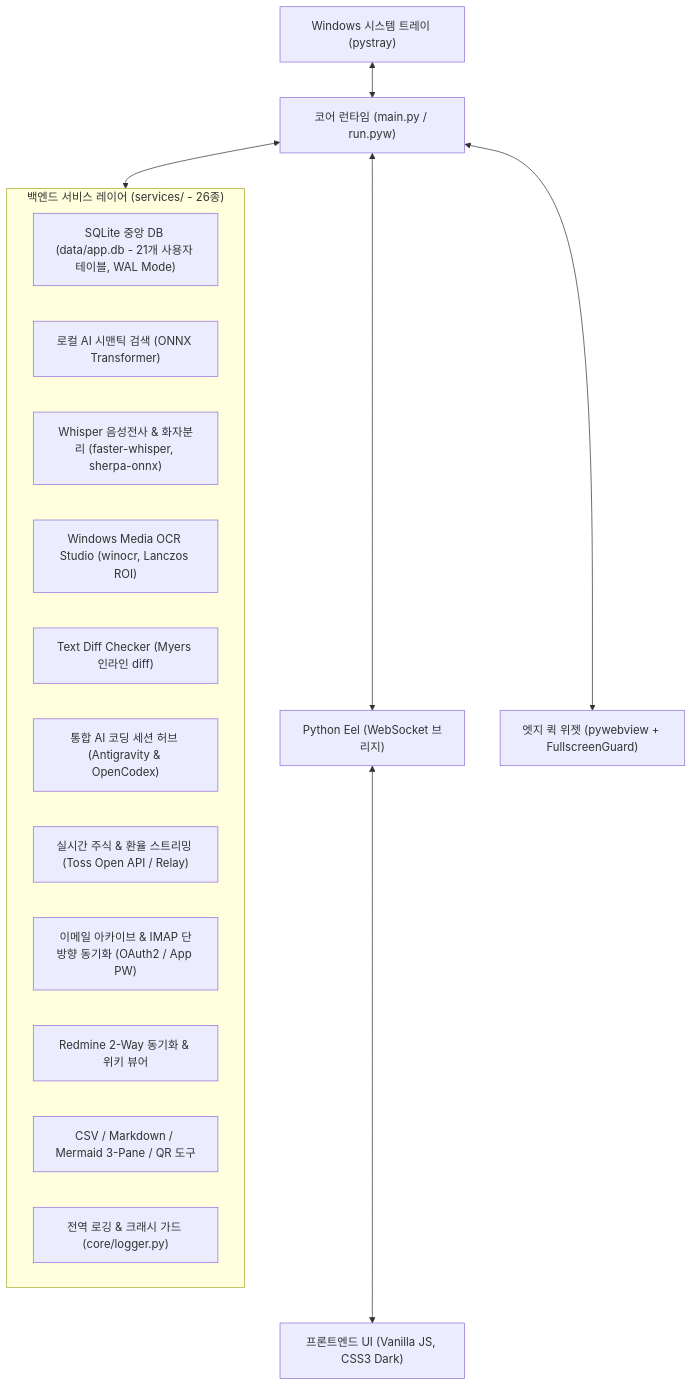
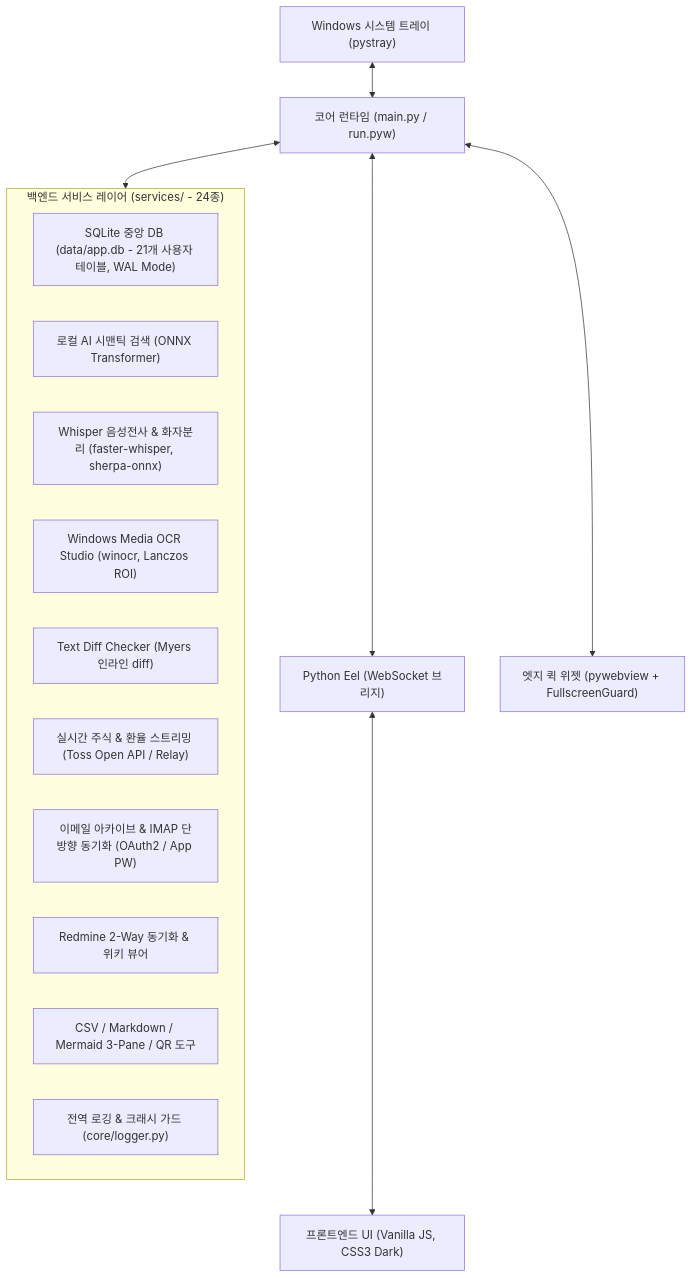
The first of 2 diagrams in docs/HANDOVER_GUIDE.md (JudeRester/Util-Tools), drawn with Mermaid before and after one commit. The commit also changed other lines of this file and 13 other files, not shown here.

Commit message:
refactor(ai-sessions): remove Antigravity and OpenCodex session hub integration

````diff
--- a/docs/HANDOVER_GUIDE.md
+++ b/docs/HANDOVER_GUIDE.md
@@ -24,23 +24,22 @@
 ```mermaid
 flowchart TD
     Tray["Windows 시스템 트레이 (pystray)"] <--> Core["코어 런타임 (main.py / run.pyw)"]
     Core <--> Eel["Python Eel (WebSocket 브리지)"]
     Eel <--> WebUI["프론트엔드 UI (Vanilla JS, CSS3 Dark)"]
     Core <--> EdgeWidget["엣지 퀵 위젯 (pywebview + FullscreenGuard)"]
     
-    subgraph BackendServices ["백엔드 서비스 레이어 (services/ - 26종)"]
+    subgraph BackendServices ["백엔드 서비스 레이어 (services/ - 24종)"]
         DB["SQLite 중앙 DB (data/app.db - 21개 사용자 테이블, WAL Mode)"]
         AI["로컬 AI 시맨틱 검색 (ONNX Transformer)"]
         Whisper["Whisper 음성전사 & 화자분리 (faster-whisper, sherpa-onnx)"]
         OCR["Windows Media OCR Studio (winocr, Lanczos ROI)"]
         Diff["Text Diff Checker (Myers 인라인 diff)"]
-        SessionHub["통합 AI 코딩 세션 허브 (Antigravity & OpenCodex)"]
         Stock["실시간 주식 & 환율 스트리밍 (Toss Open API / Relay)"]
         EmailImap["이메일 아카이브 & IMAP 단방향 동기화 (OAuth2 / App PW)"]
         Redmine["Redmine 2-Way 동기화 & 위키 뷰어"]
         Viewers["CSV / Markdown / Mermaid 3-Pane / QR 도구"]
         Logging["전역 로깅 & 크래시 가드 (core/logger.py)"]
     end
     
     Core <--> BackendServices
 ```
````
